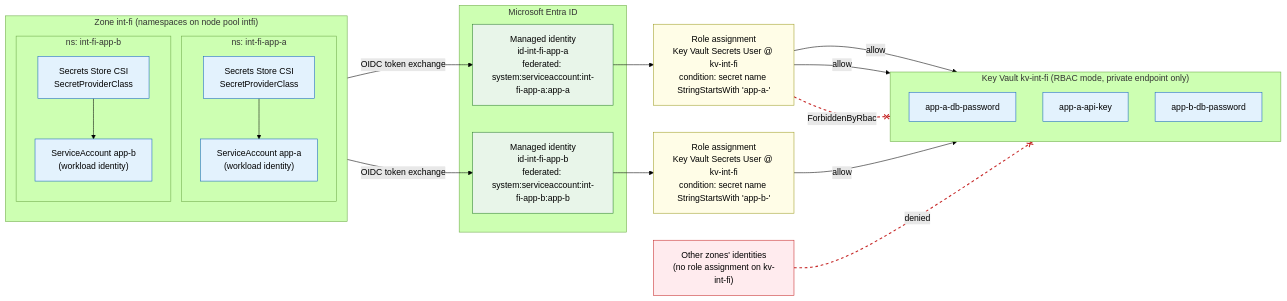
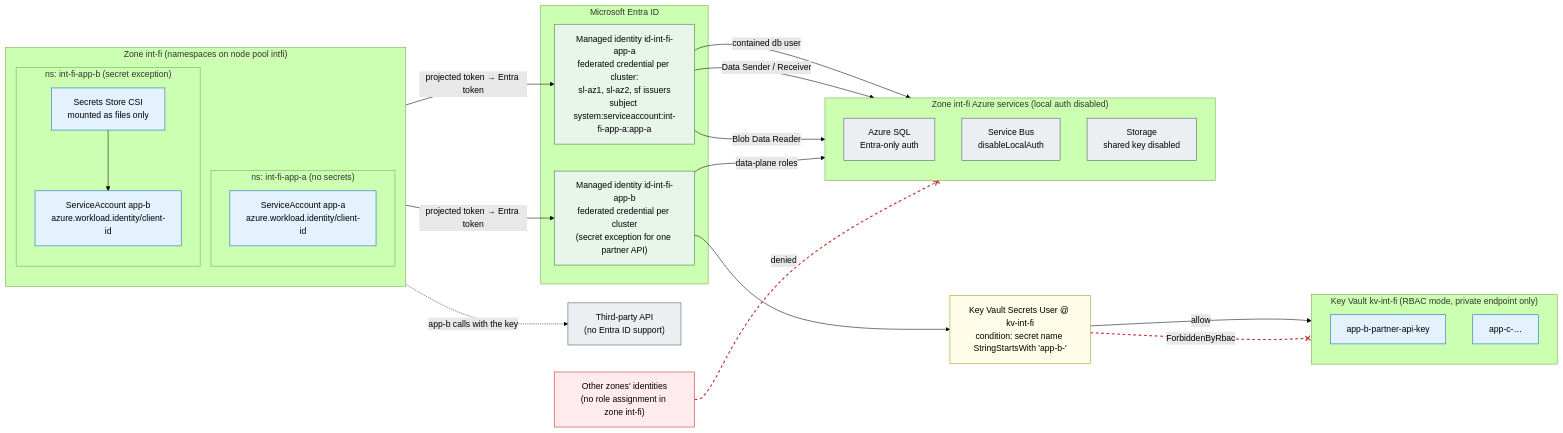
One commit to olljanat-ai/aks-design changed the diagram in diagrams/06-key-vault-abac.mmd. Above: the diagram before and after it, drawn with Mermaid (forest theme). The commit also changed 2 other files, not shown here.

Commit message:
Use workload identities wherever possible, secrets only when needed
- Section 6 reworked: per-application workload identity with Entra ID auth to all Azure
  services, local auth disabled by Azure Policy, federated credential per cluster
- Key Vault secrets only for targets without Entra ID, mounted as files, no Kubernetes Secrets
- Gatekeeper constraints for ServiceAccount client ID, no imagePullSecrets, no Opaque Secrets
- Picture 6 redrawn

Claude-Session: https://claude.ai/code/session_01DrheqjUChAci22PBbhhccz

```diff
--- a/diagrams/06-key-vault-abac.mmd
+++ b/diagrams/06-key-vault-abac.mmd
@@ -1,46 +1,59 @@
-%% Key Vault per zone + per-application access with Azure RBAC + ABAC conditions (secret-name prefix)
+%% Workload identity first: applications authenticate to Azure services with Entra ID (no keys, local auth disabled).
+%% Key Vault holds secrets only for targets without Entra ID, separated per application with RBAC + ABAC conditions.
 flowchart LR
     subgraph ZONE["Zone int-fi (namespaces on node pool intfi)"]
         direction TB
-        subgraph NSA["ns: int-fi-app-a"]
-            saA["ServiceAccount app-a<br/>(workload identity)"]
-            csiA["Secrets Store CSI<br/>SecretProviderClass"]
+        subgraph NSA["ns: int-fi-app-a (no secrets)"]
+            saA["ServiceAccount app-a<br/>azure.workload.identity/client-id"]
         end
-        subgraph NSB["ns: int-fi-app-b"]
-            saB["ServiceAccount app-b<br/>(workload identity)"]
-            csiB["Secrets Store CSI<br/>SecretProviderClass"]
+        subgraph NSB["ns: int-fi-app-b (secret exception)"]
+            saB["ServiceAccount app-b<br/>azure.workload.identity/client-id"]
+            csiB["Secrets Store CSI<br/>mounted as files only"]
         end
     end
 
     subgraph ENTRA["Microsoft Entra ID"]
-        miA["Managed identity<br/>id-int-fi-app-a<br/>federated: system:serviceaccount:int-fi-app-a:app-a"]
-        miB["Managed identity<br/>id-int-fi-app-b<br/>federated: system:serviceaccount:int-fi-app-b:app-b"]
+        miA["Managed identity id-int-fi-app-a<br/>federated credential per cluster:<br/>sl-az1, sl-az2, sf issuers<br/>subject system:serviceaccount:int-fi-app-a:app-a"]
+        miB["Managed identity id-int-fi-app-b<br/>federated credential per cluster<br/>(secret exception for one partner API)"]
+    end
+
+    subgraph PAAS["Zone int-fi Azure services (local auth disabled)"]
+        direction TB
+        sql["Azure SQL<br/>Entra-only auth"]
+        sb["Service Bus<br/>disableLocalAuth"]
+        st["Storage<br/>shared key disabled"]
     end
 
     subgraph KV["Key Vault kv-int-fi (RBAC mode, private endpoint only)"]
         direction TB
-        sA1["app-a-db-password"]
-        sA2["app-a-api-key"]
-        sB1["app-b-db-password"]
+        sB1["app-b-partner-api-key"]
+        sX["app-c-…"]
     end
 
-    raA["Role assignment<br/>Key Vault Secrets User @ kv-int-fi<br/>condition: secret name StringStartsWith 'app-a-'"]
-    raB["Role assignment<br/>Key Vault Secrets User @ kv-int-fi<br/>condition: secret name StringStartsWith 'app-b-'"]
+    ext["Third-party API<br/>(no Entra ID support)"]
 
-    csiA --> saA -->|"OIDC token exchange"| miA --> raA
-    csiB --> saB -->|"OIDC token exchange"| miB --> raB
-    raA -->|"allow"| sA1 & sA2
-    raB -->|"allow"| sB1
-    raA -.-x|"ForbiddenByRbac"| sB1
+    raB["Key Vault Secrets User @ kv-int-fi<br/>condition: secret name StringStartsWith 'app-b-'"]
 
-    other["Other zones' identities<br/>(no role assignment on kv-int-fi)"] -.-x|"denied"| KV
-    linkStyle 9,10 stroke:#c62828,stroke-width:2px,stroke-dasharray:5 5
+    saA -->|"projected token → Entra token"| miA
+    miA -->|"contained db user"| sql
+    miA -->|"Data Sender / Receiver"| sb
+    miA -->|"Blob Data Reader"| st
+    csiB --> saB -->|"projected token → Entra token"| miB
+    miB -->|"data-plane roles"| sql
+    miB --> raB -->|"allow"| sB1
+    raB -.-x|"ForbiddenByRbac"| sX
+    csiB -.->|"app-b calls with the key"| ext
+
+    other["Other zones' identities<br/>(no role assignment in zone int-fi)"] -.-x|"denied"| PAAS
+    linkStyle 9,11 stroke:#c62828,stroke-width:2px,stroke-dasharray:5 5
 
     classDef int fill:#e3f2fd,stroke:#1565c0,color:#000
     classDef id fill:#e8f5e9,stroke:#2e7d32,color:#000
     classDef note fill:#fffde7,stroke:#9e9d24,color:#000
+    classDef paas fill:#eceff1,stroke:#455a64,color:#000
     classDef off fill:#ffebee,stroke:#c62828,color:#000
-    class saA,saB,csiA,csiB,sA1,sA2,sB1 int
+    class saA,saB,csiB,sB1,sX int
     class miA,miB id
-    class raA,raB note
+    class raB note
+    class sql,sb,st,ext paas
     class other off
```
